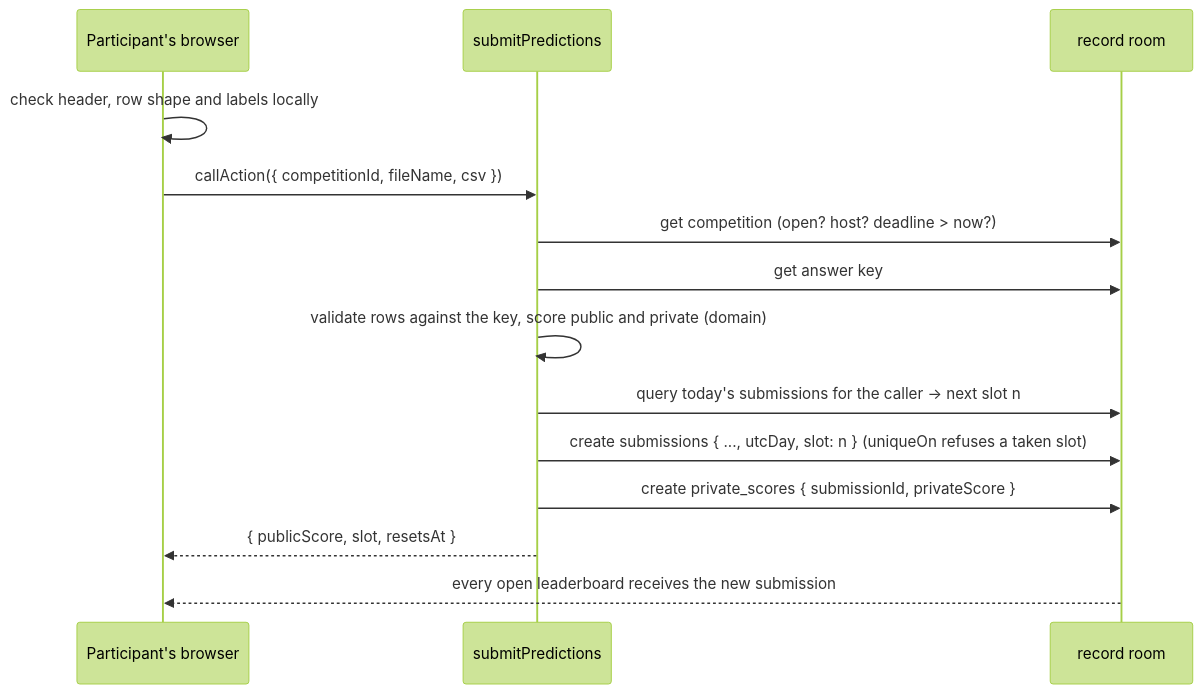
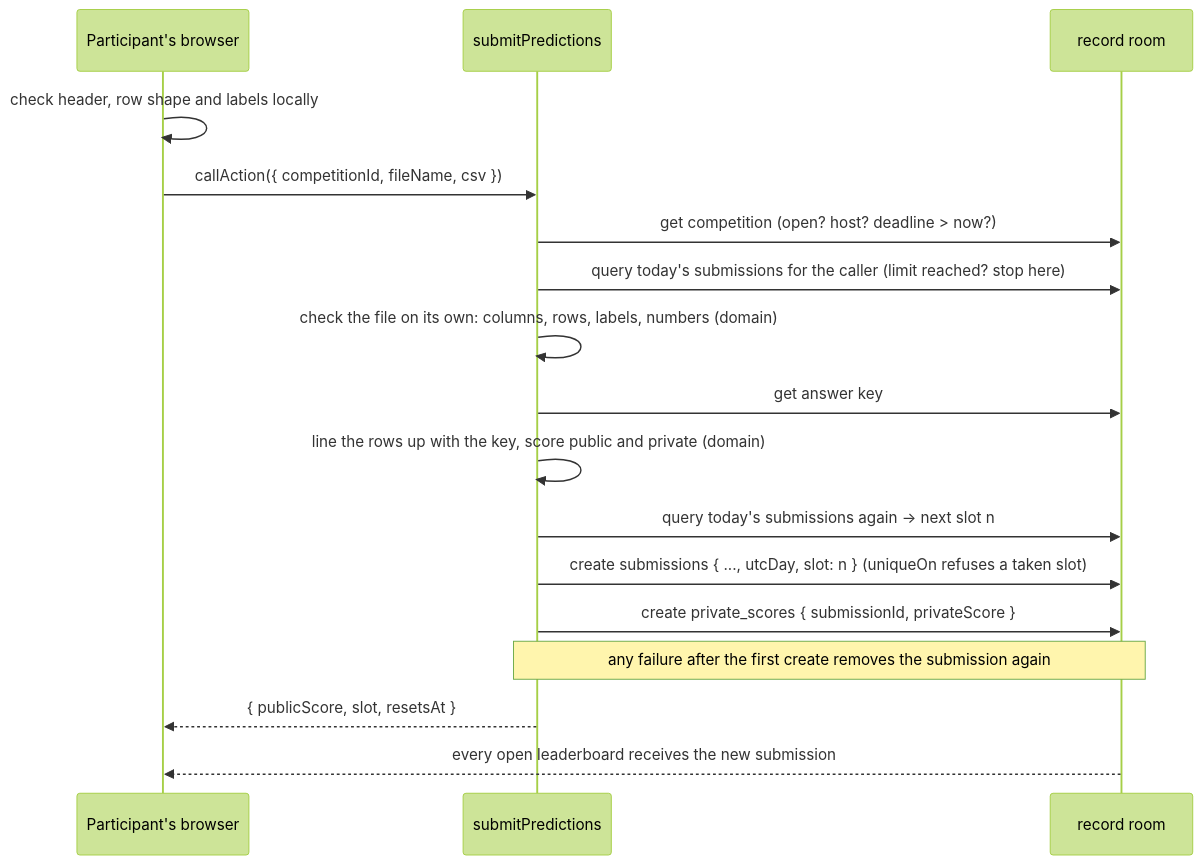
One commit to tomstao/holdout changed the third of 4 diagrams in docs/architecture.md. Above: the diagram before and after it, drawn with Mermaid (forest theme). The commit also changed 3 other files, not shown here.

````diff
--- a/docs/architecture.md
+++ b/docs/architecture.md
@@ -244,16 +244,19 @@
 ```mermaid
 sequenceDiagram
   participant B as Participant's browser
   participant A as submitPredictions
   participant R as record room
   B->>B: check header, row shape and labels locally
   B->>A: callAction({ competitionId, fileName, csv })
   A->>R: get competition (open? host? deadline > now?)
+  A->>R: query today's submissions for the caller (limit reached? stop here)
+  A->>A: check the file on its own: columns, rows, labels, numbers (domain)
   A->>R: get answer key
-  A->>A: validate rows against the key, score public and private (domain)
-  A->>R: query today's submissions for the caller -> next slot n
+  A->>A: line the rows up with the key, score public and private (domain)
+  A->>R: query today's submissions again -> next slot n
   A->>R: create submissions { ..., utcDay, slot: n }  (uniqueOn refuses a taken slot)
   A->>R: create private_scores { submissionId, privateScore }
+  Note over A,R: any failure after the first create removes the submission again
   A-->>B: { publicScore, slot, resetsAt }
   R-->>B: every open leaderboard receives the new submission
 ```
````
